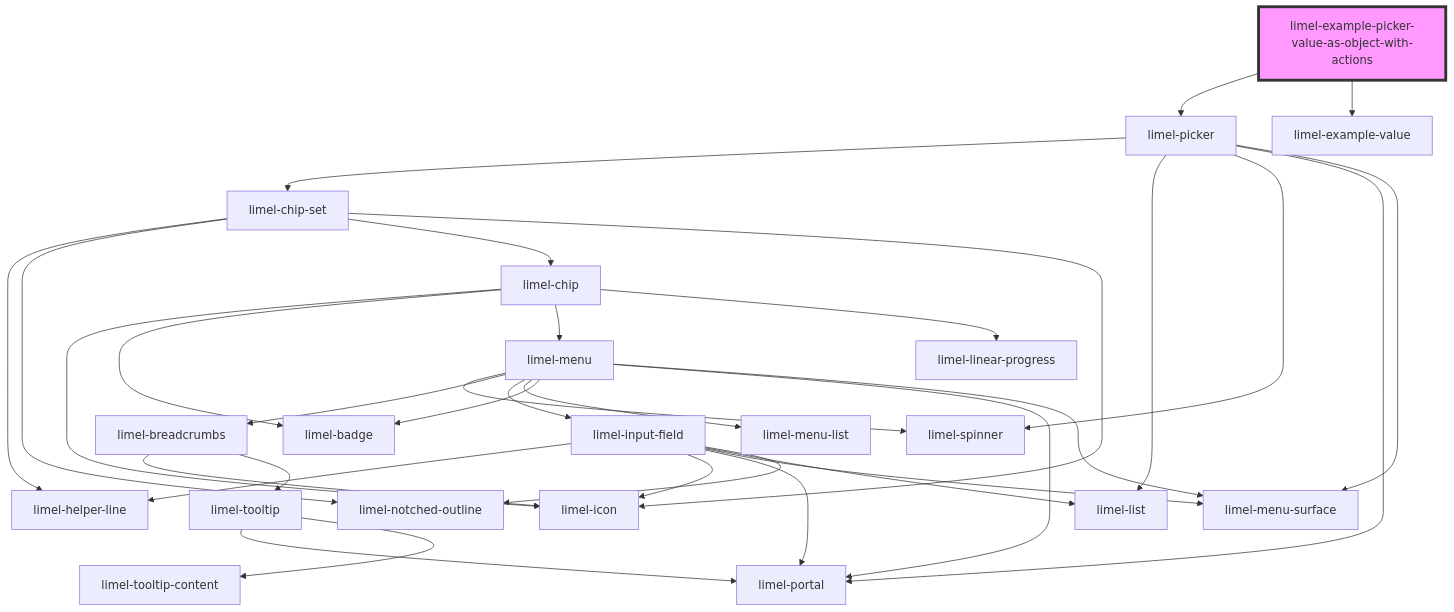
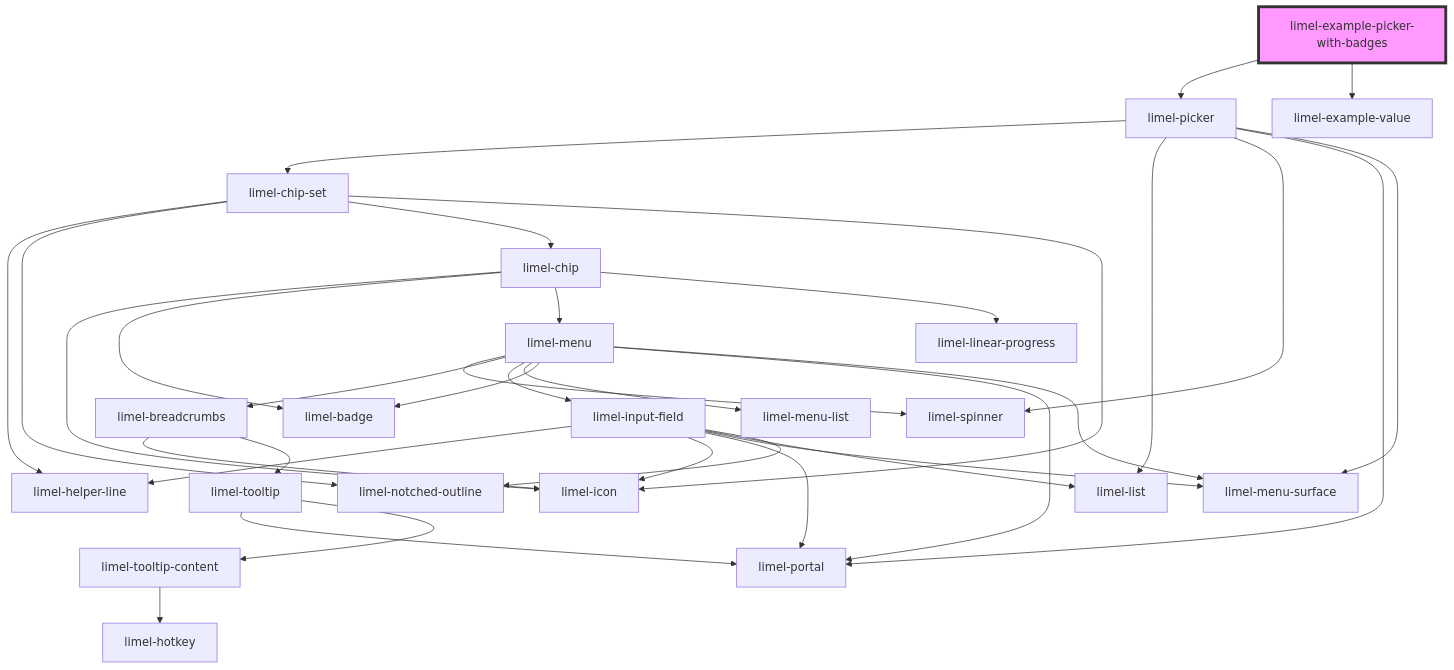
One commit to Lundalogik/lime-elements changed the diagram in versions/PR-3990/markdown-docs/components/picker/examples/readme.md. Above: the diagram before and after it, drawn with Mermaid. The commit also changed other lines of this file and 1095 other files, not shown here.

````diff
--- a/versions/PR-3990/markdown-docs/components/picker/examples/readme.md
+++ b/versions/PR-3990/markdown-docs/components/picker/examples/readme.md
@@ -30,36 +33,37 @@
 ```mermaid
 graph TD;
-  limel-example-picker-value-as-object-with-actions --> limel-picker
-  limel-example-picker-value-as-object-with-actions --> limel-example-value
+  limel-example-picker-with-badges --> limel-picker
+  limel-example-picker-with-badges --> limel-example-value
   limel-picker --> limel-chip-set
   limel-picker --> limel-list
   limel-picker --> limel-spinner
   limel-picker --> limel-portal
   limel-picker --> limel-menu-surface
   limel-chip-set --> limel-helper-line
   limel-chip-set --> limel-notched-outline
   limel-chip-set --> limel-chip
   limel-chip-set --> limel-icon
   limel-chip --> limel-icon
   limel-chip --> limel-badge
   limel-chip --> limel-menu
   limel-chip --> limel-linear-progress
   limel-menu --> limel-spinner
   limel-menu --> limel-breadcrumbs
   limel-menu --> limel-input-field
   limel-menu --> limel-menu-list
   limel-menu --> limel-badge
   limel-menu --> limel-portal
   limel-menu --> limel-menu-surface
   limel-breadcrumbs --> limel-icon
   limel-breadcrumbs --> limel-tooltip
   limel-tooltip --> limel-portal
   limel-tooltip --> limel-tooltip-content
+  limel-tooltip-content --> limel-hotkey
   limel-input-field --> limel-helper-line
   limel-input-field --> limel-icon
   limel-input-field --> limel-portal
   limel-input-field --> limel-menu-surface
   limel-input-field --> limel-list
   limel-input-field --> limel-notched-outline
-  style limel-example-picker-value-as-object-with-actions fill:#f9f,stroke:#333,stroke-width:4px
+  style limel-example-picker-with-badges fill:#f9f,stroke:#333,stroke-width:4px
 ```
````
